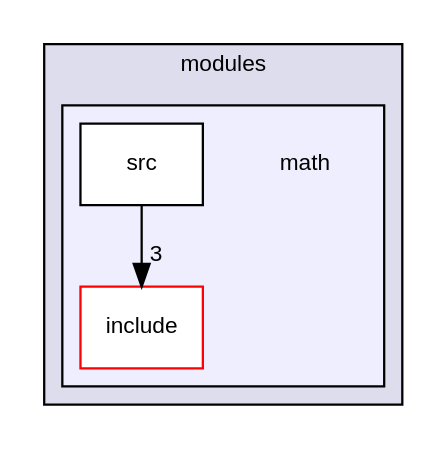
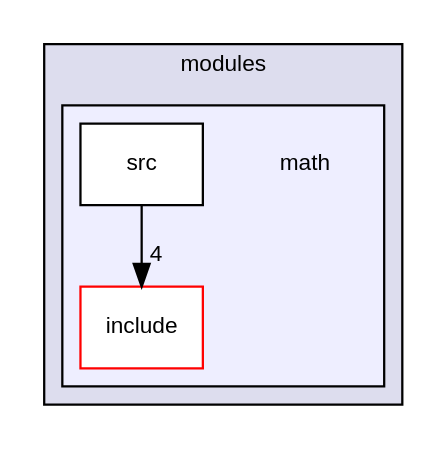
The diagram in docs/dir_b4523354886b5a0c83c88c960c3f222a_dep.dot (YuruTu/NANA), drawn with Graphviz before and after one commit. The commit also changed 123 other files, not shown here.

```diff
--- a/docs/dir_b4523354886b5a0c83c88c960c3f222a_dep.dot
+++ b/docs/dir_b4523354886b5a0c83c88c960c3f222a_dep.dot
@@ -1,15 +1,15 @@
 digraph "NANA/modules/math" {
   compound=true
   node [ fontsize="10", fontname="Helvetica"];
   edge [ labelfontsize="10", labelfontname="Helvetica"];
   subgraph clusterdir_6b55659ead8ae8e939b199224b5f3833 {
     graph [ bgcolor="#ddddee", pencolor="black", label="modules" fontname="Helvetica", fontsize="10", URL="dir_6b55659ead8ae8e939b199224b5f3833.html"]
   subgraph clusterdir_b4523354886b5a0c83c88c960c3f222a {
     graph [ bgcolor="#eeeeff", pencolor="black", label="" URL="dir_b4523354886b5a0c83c88c960c3f222a.html"];
     dir_b4523354886b5a0c83c88c960c3f222a [shape=plaintext label="math"];
   dir_ae521b40900f65e001f9918ef6cf05b7 [shape=box label="include" fillcolor="white" style="filled" color="red" URL="dir_ae521b40900f65e001f9918ef6cf05b7.html"];
   dir_771f7333db182dca04d4a001ffeb2ac4 [shape=box label="src" fillcolor="white" style="filled" URL="dir_771f7333db182dca04d4a001ffeb2ac4.html"];
   }
   }
-  dir_771f7333db182dca04d4a001ffeb2ac4->dir_ae521b40900f65e001f9918ef6cf05b7 [headlabel="3", labeldistance=1.5 headhref="dir_000024_000022.html"];
+  dir_771f7333db182dca04d4a001ffeb2ac4->dir_ae521b40900f65e001f9918ef6cf05b7 [headlabel="4", labeldistance=1.5 headhref="dir_000024_000022.html"];
 }
```
